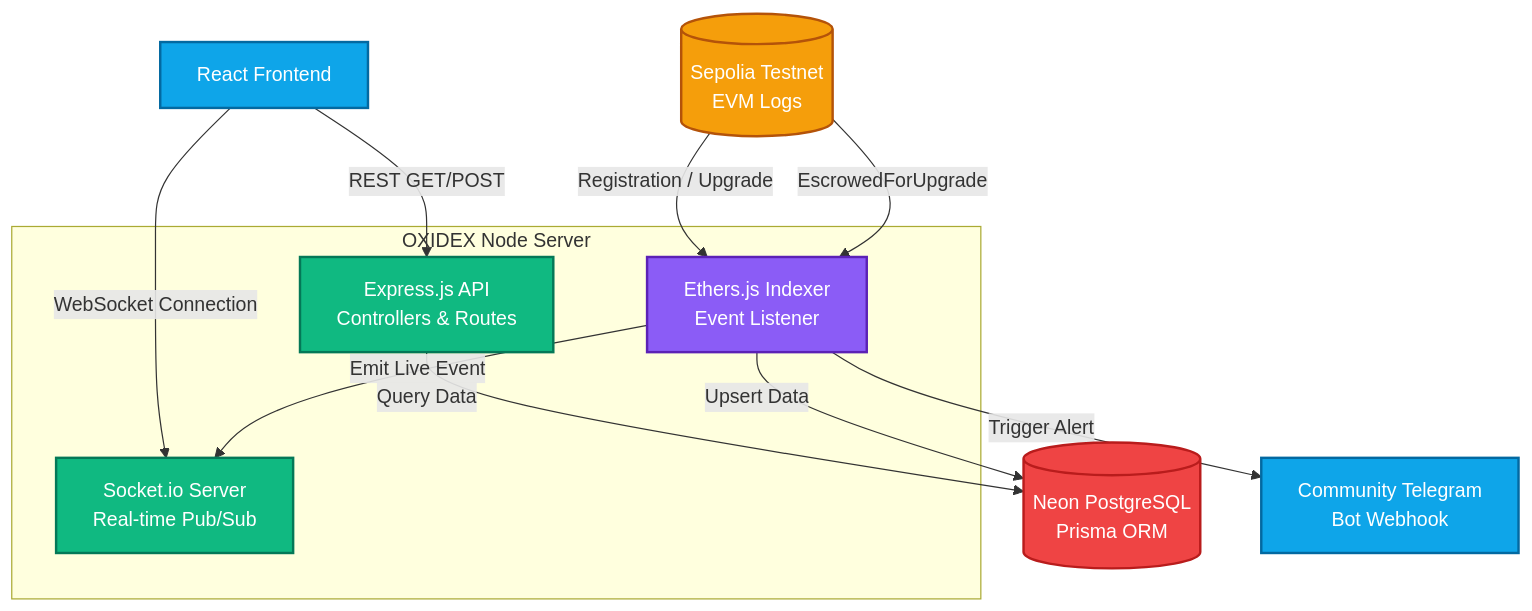
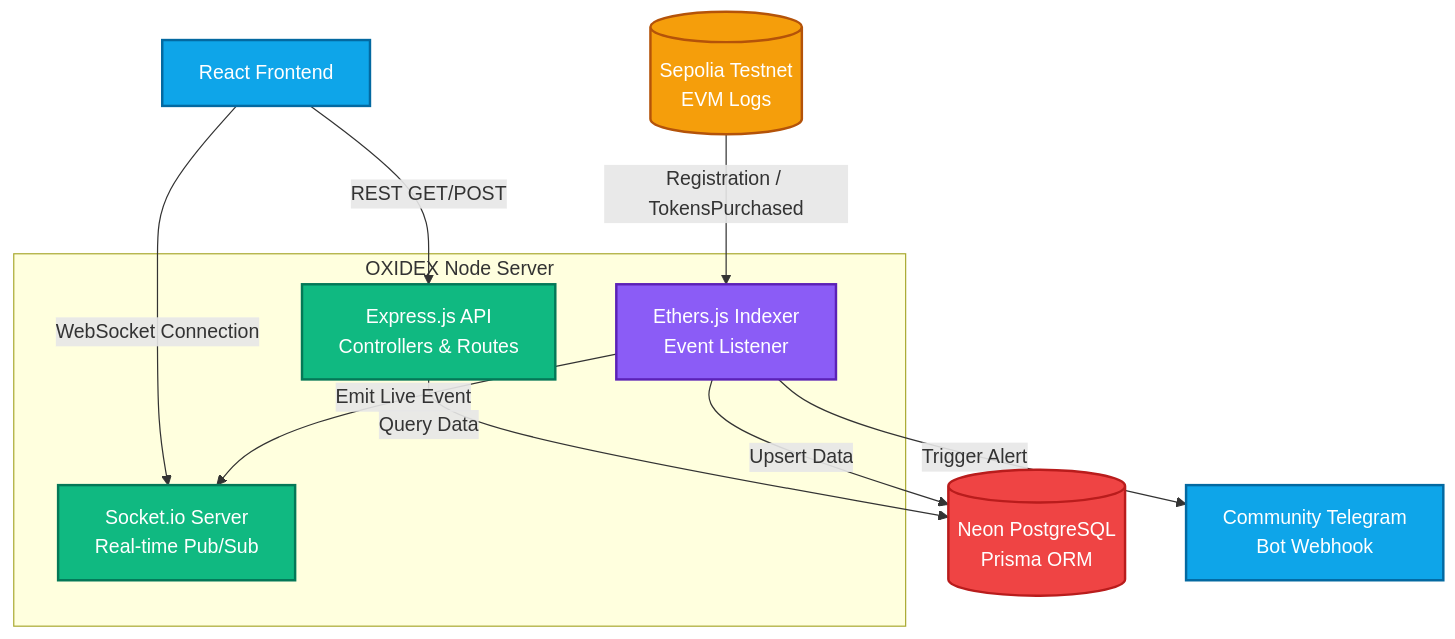
The first of 2 diagrams in backend/README.md (CHIRAYU-365/OXIDEX), drawn with Mermaid before and after one commit. The commit also changed other lines of this file and 5 other files, not shown here.

````diff
--- a/backend/README.md
+++ b/backend/README.md
@@ -21,32 +21,31 @@
 ```mermaid
 graph TD
     classDef blockchain fill:#f59e0b,stroke:#b45309,stroke-width:2px,color:#fff
     classDef indexer fill:#8b5cf6,stroke:#5b21b6,stroke-width:2px,color:#fff
     classDef db fill:#ef4444,stroke:#b91c1c,stroke-width:2px,color:#fff
     classDef api fill:#10b981,stroke:#047857,stroke-width:2px,color:#fff
     classDef client fill:#0ea5e9,stroke:#0369a1,stroke-width:2px,color:#fff
 
     EVM[(Sepolia Testnet\nEVM Logs)]:::blockchain
     
     subgraph OXIDEX Node Server
         IX[Ethers.js Indexer\nEvent Listener]:::indexer
         API[Express.js API\nControllers & Routes]:::api
         WS[Socket.io Server\nReal-time Pub/Sub]:::api
     end
     
     DB[(Neon PostgreSQL\nPrisma ORM)]:::db
     FE[React Frontend]:::client
     TG[Community Telegram\nBot Webhook]:::client
 
-    EVM -- "EscrowedForUpgrade" --> IX
-    EVM -- "Registration / Upgrade" --> IX
+    EVM -- "Registration / TokensPurchased" --> IX
     
     IX -- "Upsert Data" --> DB
     IX -- "Trigger Alert" --> TG
     IX -- "Emit Live Event" --> WS
     
     FE -- "REST GET/POST" --> API
     FE -- "WebSocket Connection" --> WS
     
     API -- "Query Data" --> DB
 ```
````
